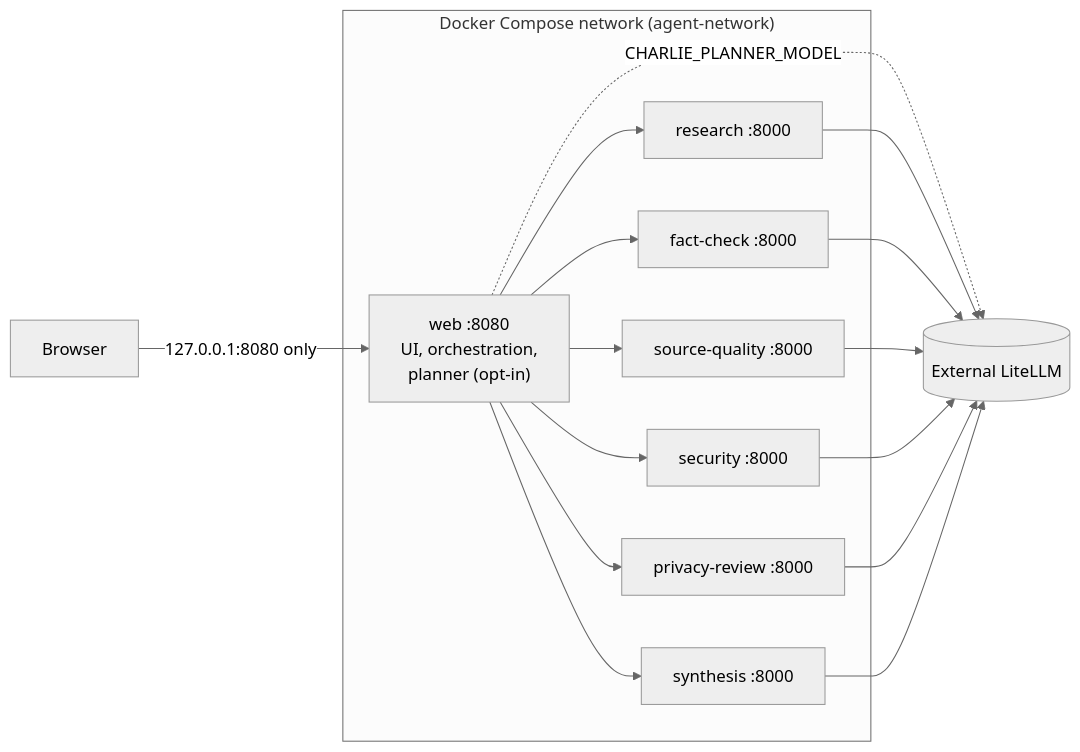
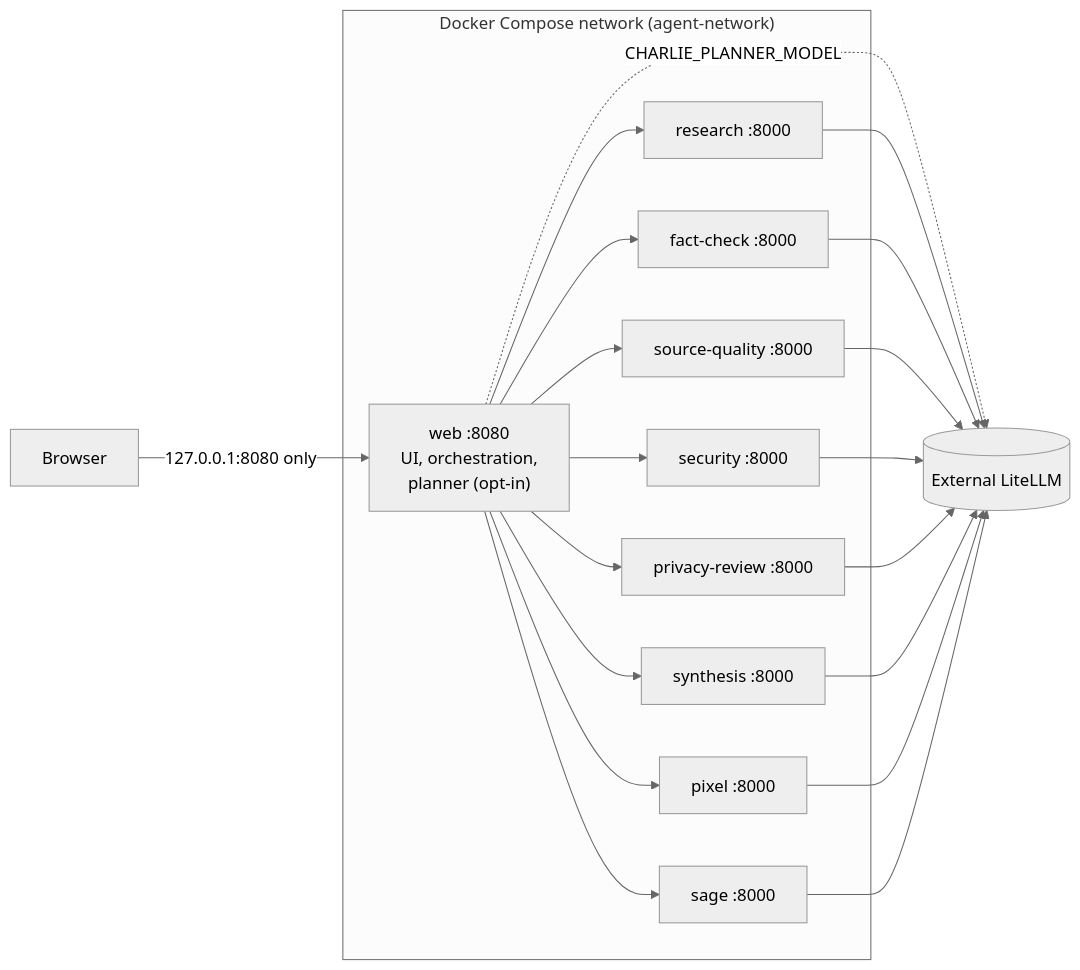
Before and after one commit to MohamadKanso/viharbot: the second of 6 diagrams in docs/architecture.md, drawn with Mermaid (neutral theme). The commit also changed other lines of this file and 6 other files, not shown here.

First line of the commit message:
Docs: reconcile README and architecture with the code; add a new-developer start section

````diff
--- a/docs/architecture.md
+++ b/docs/architecture.md
@@ -35,16 +37,18 @@
 ```mermaid
 flowchart LR
   subgraph Host["Docker Compose network (agent-network)"]
     W["web :8080<br/>UI, orchestration,<br/>planner (opt-in)"]
     R[research :8000]
     F[fact-check :8000]
     Q[source-quality :8000]
     S[security :8000]
     P[privacy-review :8000]
     Y[synthesis :8000]
+    X[pixel :8000]
+    G[sage :8000]
   end
   U[Browser] -->|127.0.0.1:8080 only| W
-  W --> R & F & Q & S & P & Y
+  W --> R & F & Q & S & P & Y & X & G
   W -. "CHARLIE_PLANNER_MODEL" .-> L[(External LiteLLM)]
-  R & F & Q & S & P & Y --> L
+  R & F & Q & S & P & Y & X & G --> L
 ```
````
